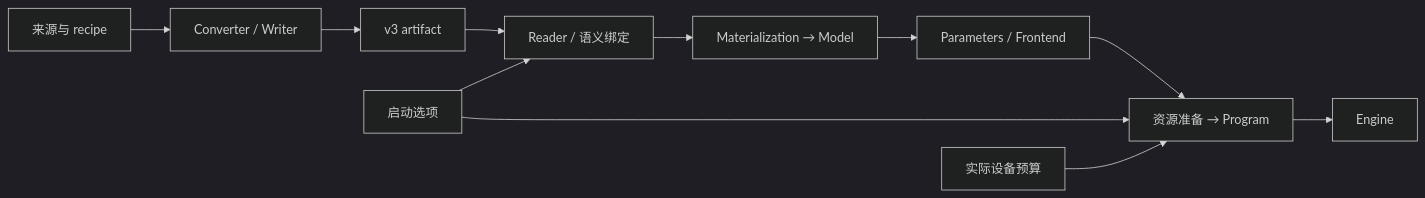
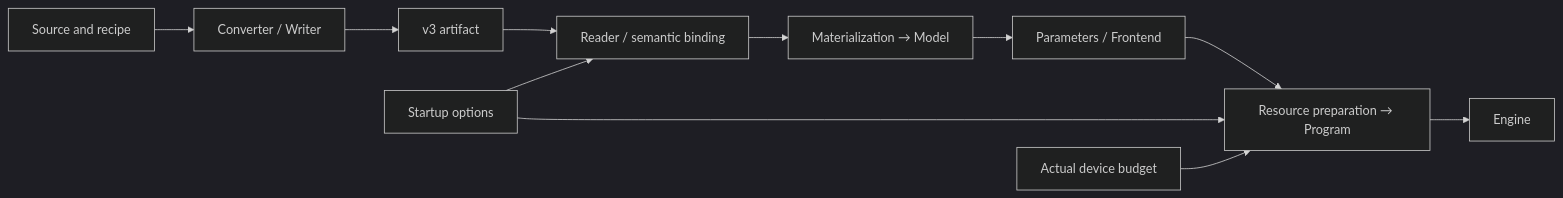
The diagram in docs/maintainer/engine-architecture.md (baristahaus/ninfer-gb10), drawn with Mermaid (dark theme) before and after one commit. The commit also changed other lines of this file and 31 other files, not shown here.

````diff
--- a/docs/maintainer/engine-architecture.md
+++ b/docs/maintainer/engine-architecture.md
@@ -101,13 +74,13 @@
 ```mermaid
 flowchart LR
-    S["来源与 recipe"] --> C["Converter / Writer"]
+    S["Source and recipe"] --> C["Converter / Writer"]
     C --> A["v3 artifact"]
-    A --> L["Reader / 语义绑定"]
+    A --> L["Reader / semantic binding"]
     L --> M["Materialization → Model"]
     M --> P["Parameters / Frontend"]
-    P --> R["资源准备 → Program"]
+    P --> R["Resource preparation → Program"]
     R --> E["Engine"]
-    O["启动选项"] --> L
+    O["Startup options"] --> L
     O --> R
-    D["实际设备预算"] --> R
+    D["Actual device budget"] --> R
 ```
````
